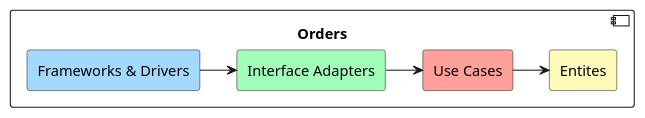
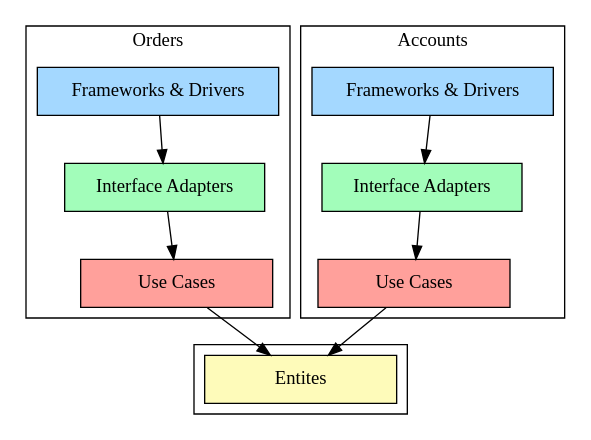
Before and after one commit to sergio-fry/slides: the diagram in modular-app/modular-app.md, drawn with PlantUML. The commit also changed other lines of this file, not shown here.

Commit message:
vertical module

```diff
--- a/modular-app/modular-app.md
+++ b/modular-app/modular-app.md
@@ -40,15 +41,35 @@
 @startuml
-skinparam dpi 100
+skinparam dpi 200
 
-component "Orders"  {
-  rectangle "Entites" as entities #FEFBBA
-  rectangle "Use Cases" as use_cases #FFA09B
-  rectangle "Interface Adapters" as adapters #A2FDBA
-  rectangle "Frameworks & Drivers" as external #A4D8FF
+digraph G {
+  node [shape="box" style="filled" width="2"]
 
-  use_cases -> entities
-  adapters -> use_cases
-  external -> adapters
-}
+  subgraph cluster3 {
+    entities [label="Entites" fillcolor="#FEFBBA"];
+  }
 
+  subgraph cluster1 {
+    label = "Orders";
+
+    use_cases [label="Use Cases" fillcolor="#FFA09B"]
+    interface_adapters [label="Interface Adapters" fillcolor="#A2FDBA"]
+    framework_drivers [label="Frameworks & Drivers" fillcolor="#A4D8FF"]
+
+    framework_drivers -> interface_adapters;
+		interface_adapters -> use_cases;
+    use_cases -> entities;
+	}
+
+  subgraph cluster2 {
+    label = "Accounts";
+
+    use_cases2 [label="Use Cases" fillcolor="#FFA09B"]
+    interface_adapters2 [label="Interface Adapters" fillcolor="#A2FDBA"]
+    framework_drivers2 [label="Frameworks & Drivers" fillcolor="#A4D8FF"]
+
+    framework_drivers2 -> interface_adapters2;
+		interface_adapters2 -> use_cases2;
+    use_cases2 -> entities;
+	}
+} 
 @enduml
```
